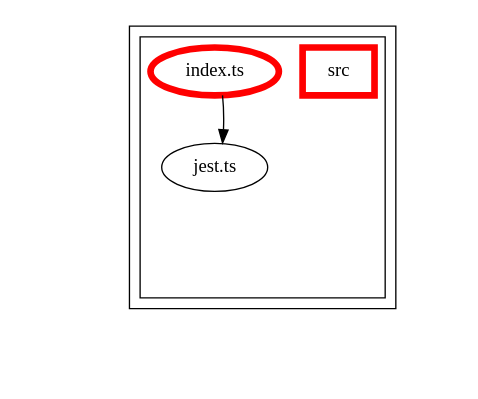
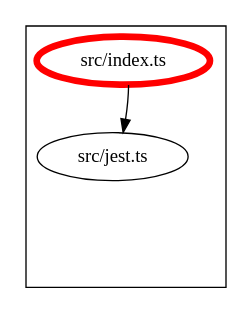
Before and after one commit to Siteimprove/alfa-integrations: the diagram in packages/alfa-jest/docs/dependency-graph.dot, drawn with Graphviz. The commit also changed 88 other files, not shown here.

```diff
--- a/packages/alfa-jest/docs/dependency-graph.dot
+++ b/packages/alfa-jest/docs/dependency-graph.dot
@@ -1,65 +1,32 @@
-digraph "dependency-graph-[object Object]" {
+digraph "dependency-graph-@siteimprove/alfa-jest" {
   compound = true;
-  "dependency-graph-[object Object]" [
-    style = "invis";
-  ];
   "src/jest.ts";
   subgraph "cluster_src" {
     color = "#000000";
     label = "";
-    "name_src" [
-      penwidth = 5;
-      shape = "rectangle";
-      color = "#ff0000";
-      label = "src";
+    "src/jest.ts" [
+      label = "src/jest.ts";
     ];
     "exit_src" [
       style = "invis";
     ];
-    subgraph "cluster_src" {
-      color = "#000000";
-      label = "";
-      "name_src" [
-        penwidth = 5;
-        shape = "rectangle";
-        color = "#ff0000";
-        label = "src";
-      ];
-      "exit_src" [
-        style = "invis";
-      ];
-      "src/index.ts" [
-        label = "index.ts";
-        color = "#ff0000";
-        penwidth = 5;
-      ];
-      "src/jest.ts" [
-        label = "jest.ts";
-      ];
-      "src/index.ts" -> "exit_src" [
-        style = "invis";
-      ];
-      "src/jest.ts" -> "exit_src" [
-        style = "invis";
-      ];
-    }
-    "exit_src" -> "exit_src" [
+    "src/index.ts" [
+      label = "src/index.ts";
+      color = "#ff0000";
+      penwidth = 5;
+    ];
+    "src/jest.ts" -> "exit_src" [
       style = "invis";
     ];
-    "exit_src" -> "exit_src" [
+    "src/index.ts" -> "exit_src" [
       style = "invis";
     ];
   }
-  "exit_src" -> "dependency-graph-[object Object]" [
-    style = "invis";
-  ];
   "src/index.ts" -> "src/jest.ts" [
     style = "invis";
   ];
   "src/index.ts" -> "src/jest.ts" [
     style = "solid";
-    ltail = "cluster_src/index.ts";
-    lhead = "cluster_src/jest.ts";
     color = "black";
   ];
 }
```
